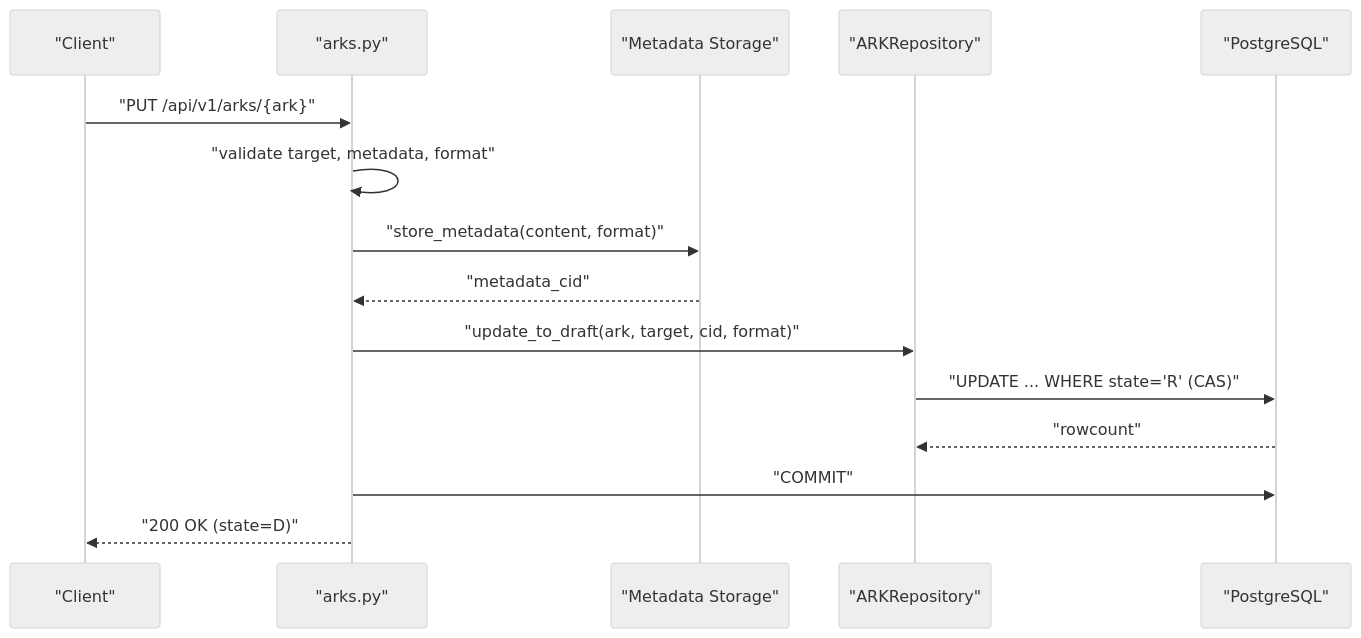
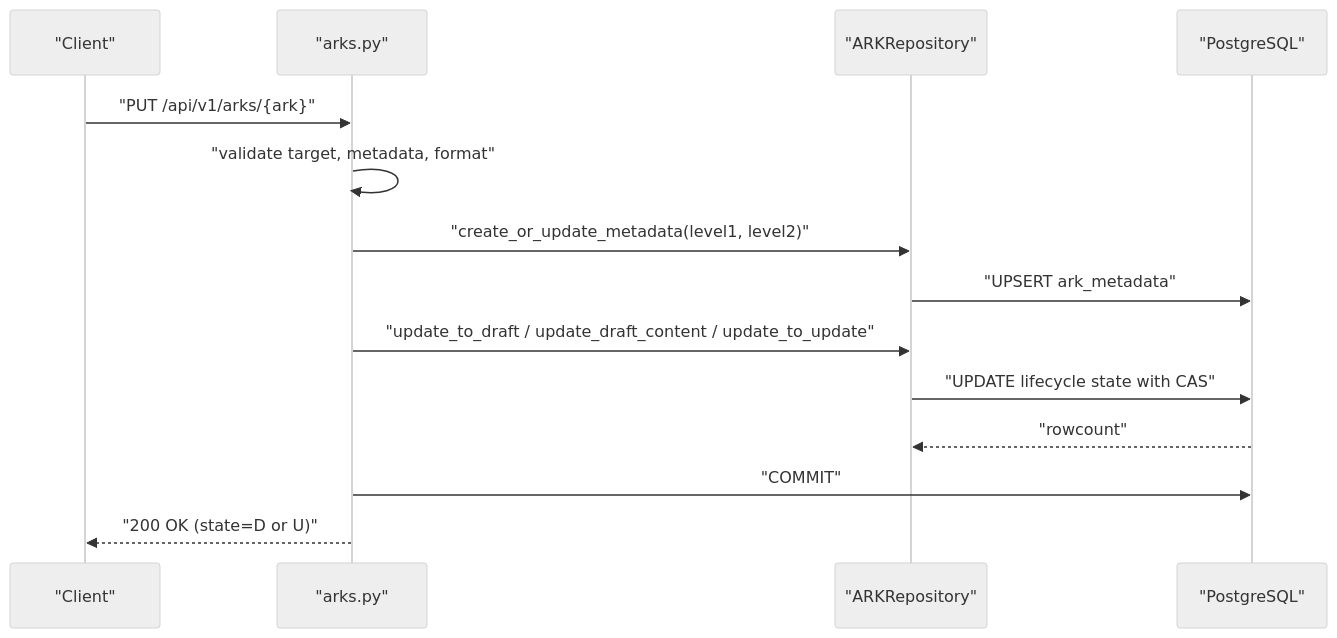
The third of 9 diagrams in minter-architecture.md (LA-Referencia-IOI/dark-core-minter-api), drawn with Mermaid (neutral theme) before and after one commit. The commit also changed other lines of this file and 37 other files, not shown here.

````diff
--- a/minter-architecture.md
+++ b/minter-architecture.md
@@ -64,18 +64,17 @@
 ```mermaid
 sequenceDiagram
     participant Client as "Client"
     participant API as "arks.py"
-    participant ST as "Metadata Storage"
     participant ARepo as "ARKRepository"
     participant DB as "PostgreSQL"
 
     Client->>API: "PUT /api/v1/arks/{ark}"
     API->>API: "validate target, metadata, format"
-    API->>ST: "store_metadata(content, format)"
-    ST-->>API: "metadata_cid"
-    API->>ARepo: "update_to_draft(ark, target, cid, format)"
-    ARepo->>DB: "UPDATE ... WHERE state='R' (CAS)"
+    API->>ARepo: "create_or_update_metadata(level1, level2)"
+    ARepo->>DB: "UPSERT ark_metadata"
+    API->>ARepo: "update_to_draft / update_draft_content / update_to_update"
+    ARepo->>DB: "UPDATE lifecycle state with CAS"
     DB-->>ARepo: "rowcount"
     API->>DB: "COMMIT"
-    API-->>Client: "200 OK (state=D)"
+    API-->>Client: "200 OK (state=D or U)"
 ```
````
